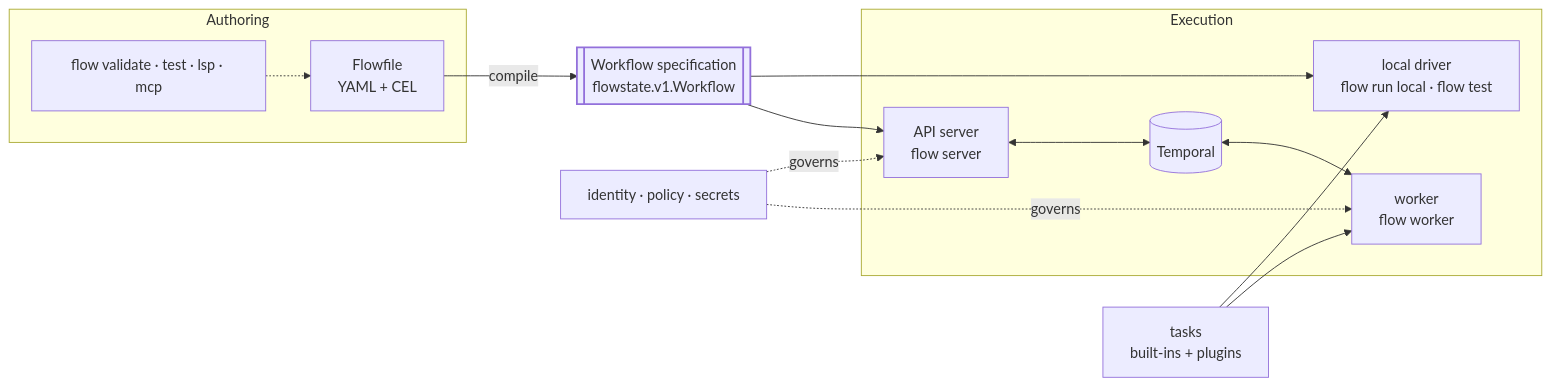
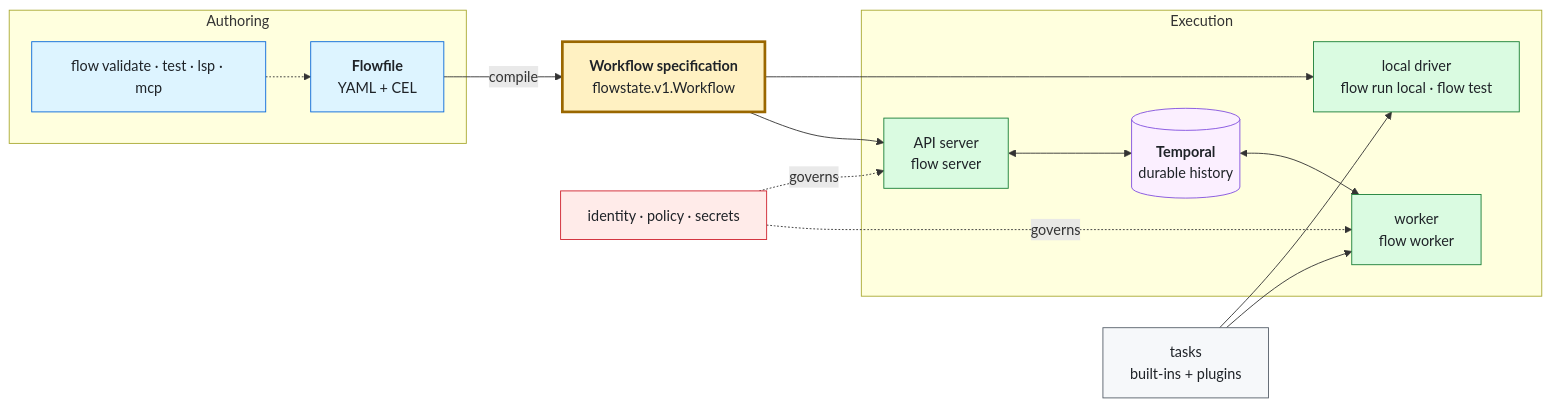
The first of 4 diagrams in docs/CONCEPTS.md (picatz/flowstate), drawn with Mermaid before and after one commit. The commit also changed other lines of this file and 14 other files, not shown here.

First line of the commit message:
docs: one diagram palette, and diagrams across the project (#2382)

````diff
--- a/docs/CONCEPTS.md
+++ b/docs/CONCEPTS.md
@@ -17,30 +17,43 @@
 ```mermaid
 flowchart LR
   subgraph author["Authoring"]
-    File["Flowfile<br/>YAML + CEL"]
+    File["<b>Flowfile</b><br/>YAML + CEL"]
     Tools["flow validate · test · lsp · mcp"]
   end
-  Spec[["Workflow specification<br/>flowstate.v1.Workflow"]]
+
+  Spec["<b>Workflow specification</b><br/>flowstate.v1.Workflow"]
+
   subgraph run["Execution"]
     Local["local driver<br/>flow run local · flow test"]
     Server["API server<br/>flow server"]
-    Temporal[("Temporal")]
+    Temporal[("<b>Temporal</b><br/>durable history")]
     Worker["worker<br/>flow worker"]
   end
+
   Tasks["tasks<br/>built-ins + plugins"]
   Policy["identity · policy · secrets"]
 
   File -->|compile| Spec
   Tools -.-> File
   Spec --> Local
   Spec --> Server
   Server <--> Temporal
   Temporal <--> Worker
   Tasks --> Local
   Tasks --> Worker
-  Policy -. governs .-> Server
-  Policy -. governs .-> Worker
+  Policy -.-> |governs| Server
+  Policy -.-> |governs| Worker
 
-  classDef contract stroke-width:2px;
-  class Spec contract;
+  classDef authoring fill:#DDF4FF,stroke:#0969DA,color:#1F2328
+  classDef contract fill:#FFF1C2,stroke:#9A6700,stroke-width:3px,color:#1F2328
+  classDef runtime fill:#DAFBE1,stroke:#1A7F37,color:#1F2328
+  classDef durable fill:#FBEFFF,stroke:#8250DF,color:#1F2328
+  classDef govern fill:#FFEBE9,stroke:#CF222E,color:#1F2328
+  classDef neutral fill:#F6F8FA,stroke:#57606A,color:#1F2328
+  class File,Tools authoring
+  class Spec contract
+  class Local,Server,Worker runtime
+  class Temporal durable
+  class Policy govern
+  class Tasks neutral
 ```
````
